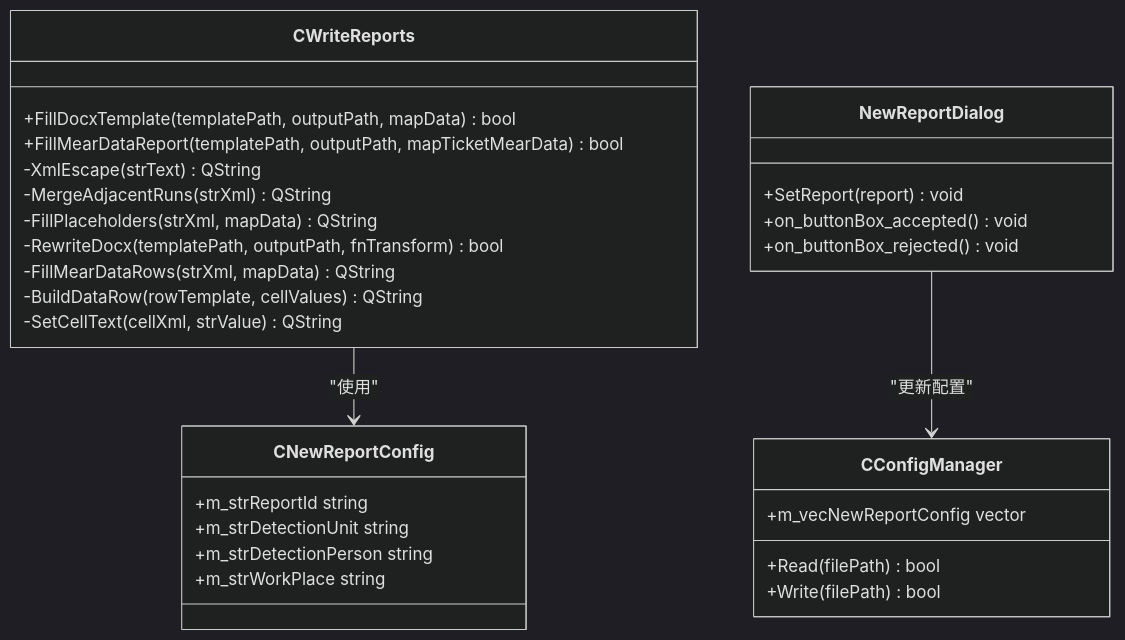
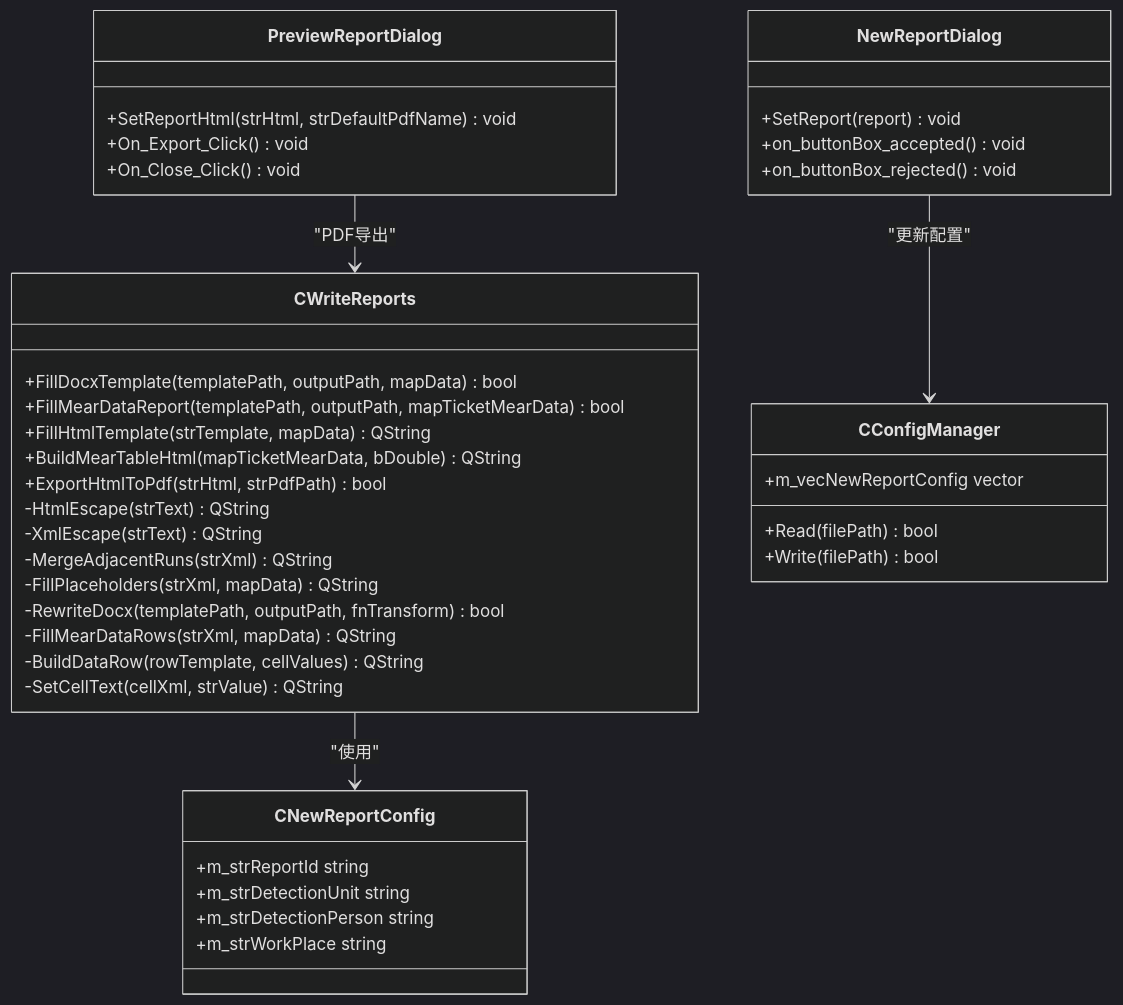
One commit to yangreest/Zero-value-Insulator-Robot-V2 changed the fourth of 4 diagrams in .qoder/repowiki/zh/content/用户手册/报告生成与管理/报告模板管理.md. Above: the diagram before and after it, drawn with Mermaid (dark theme). The commit also changed other lines of this file and 22 other files, not shown here.

````diff
--- a/.qoder/repowiki/zh/content/用户手册/报告生成与管理/报告模板管理.md
+++ b/.qoder/repowiki/zh/content/用户手册/报告生成与管理/报告模板管理.md
@@ -206,32 +266,42 @@
 ```mermaid
 classDiagram
 class CWriteReports {
 +FillDocxTemplate(templatePath, outputPath, mapData) bool
 +FillMearDataReport(templatePath, outputPath, mapTicketMearData) bool
++FillHtmlTemplate(strTemplate, mapData) QString
++BuildMearTableHtml(mapTicketMearData, bDouble) QString
++ExportHtmlToPdf(strHtml, strPdfPath) bool
+-HtmlEscape(strText) QString
 -XmlEscape(strText) QString
 -MergeAdjacentRuns(strXml) QString
 -FillPlaceholders(strXml, mapData) QString
 -RewriteDocx(templatePath, outputPath, fnTransform) bool
 -FillMearDataRows(strXml, mapData) QString
 -BuildDataRow(rowTemplate, cellValues) QString
 -SetCellText(cellXml, strValue) QString
 }
 class CNewReportConfig {
 +m_strReportId string
 +m_strDetectionUnit string
 +m_strDetectionPerson string
 +m_strWorkPlace string
 }
 class CConfigManager {
 +Read(filePath) bool
 +Write(filePath) bool
 +m_vecNewReportConfig vector<CNewReportConfig>
 }
 class NewReportDialog {
 +SetReport(report) void
 +on_buttonBox_accepted() void
 +on_buttonBox_rejected() void
 }
+class PreviewReportDialog {
++SetReportHtml(strHtml, strDefaultPdfName) void
++On_Export_Click() void
++On_Close_Click() void
+}
 CWriteReports --> CNewReportConfig : "使用"
 NewReportDialog --> CConfigManager : "更新配置"
+PreviewReportDialog --> CWriteReports : "PDF导出"
 ```
````
